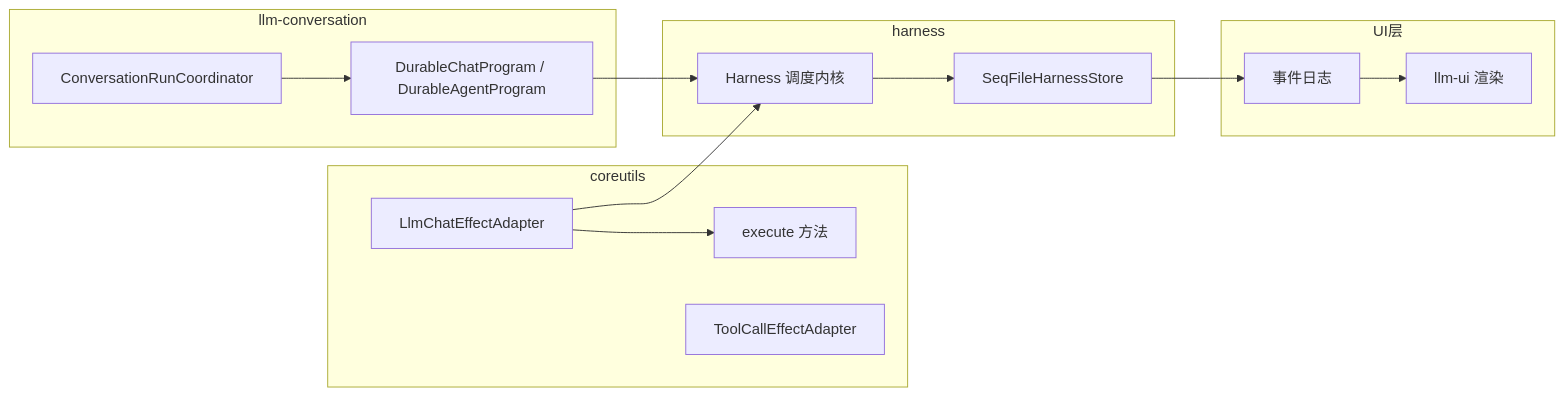
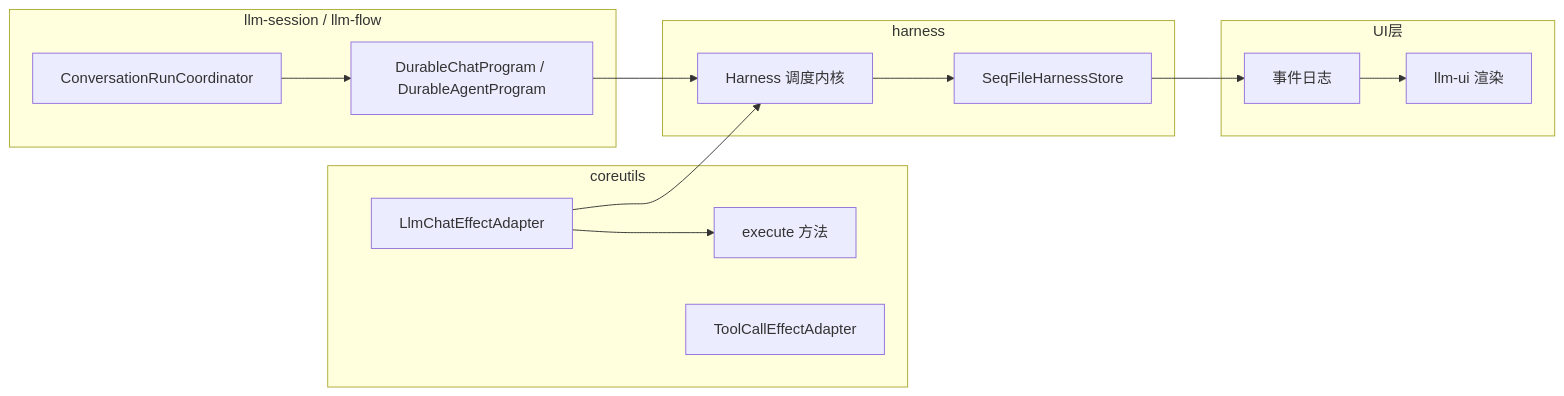
Before and after one commit to mushuanli/itookit: the ninth of 9 diagrams in doc/feat/harness-design.md, drawn with Mermaid. The commit also changed other lines of this file and 63 other files, not shown here.

````diff
--- a/doc/feat/harness-design.md
+++ b/doc/feat/harness-design.md
@@ -349,24 +349,24 @@
 ```mermaid
 flowchart LR
-  subgraph llmconv["llm-conversation"]
+  subgraph llmconv["llm-session / llm-flow"]
     A[ConversationRunCoordinator] --> B[DurableChatProgram / DurableAgentProgram]
   end
   subgraph coreutils["coreutils"]
     C[LlmChatEffectAdapter] --> D[execute 方法]
     E[ToolCallEffectAdapter]
   end
   subgraph harness["harness"]
     F[Harness 调度内核]
     G[SeqFileHarnessStore]
   end
   subgraph ui["UI层"]
     H[事件日志]
     I[llm-ui 渲染]
   end
 
   B --> F
   C --> F
   F --> G
   G --> H
   H --> I
 ```
````
